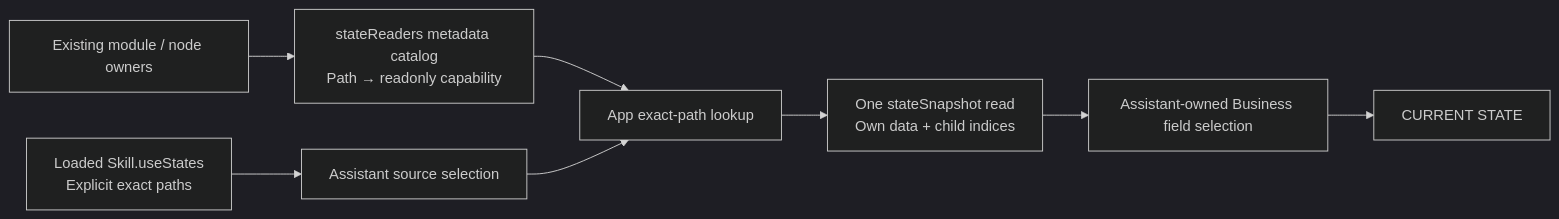
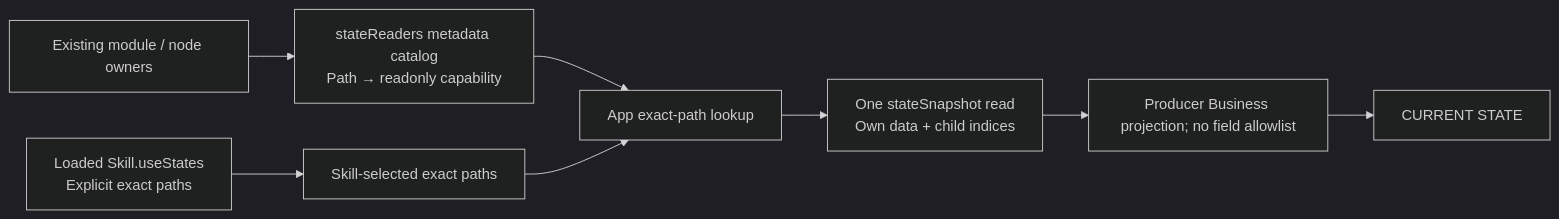
One commit to devilyouwei/MobileHarness changed diagram 11 of 26 in MobileHarness/README.md. Above: the diagram before and after it, drawn with Mermaid (dark theme). The commit also changed other lines of this file and 92 other files, not shown here.

````diff
--- a/MobileHarness/README.md
+++ b/MobileHarness/README.md
@@ -800,10 +800,10 @@
 ```mermaid
 flowchart LR
  Owners["Existing module / node owners"] --> Catalog["stateReaders metadata catalog<br/>Path → readonly capability"]
- Skill["Loaded Skill.useStates<br/>Explicit exact paths"] --> Select["Assistant source selection"]
+ Skill["Loaded Skill.useStates<br/>Explicit exact paths"] --> Select["Skill-selected exact paths"]
  Catalog --> Resolve["App exact-path lookup"]
  Select --> Resolve
  Resolve --> Local["One stateSnapshot read<br/>Own data + child indices"]
- Local --> Business["Assistant-owned Business field selection"]
+ Local --> Business["Producer Business projection; no field allowlist"]
  Business --> Context["CURRENT STATE"]
 ```
````
